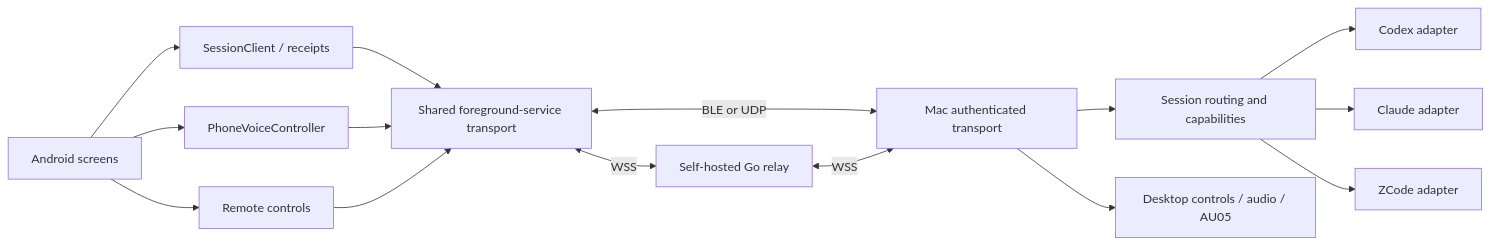
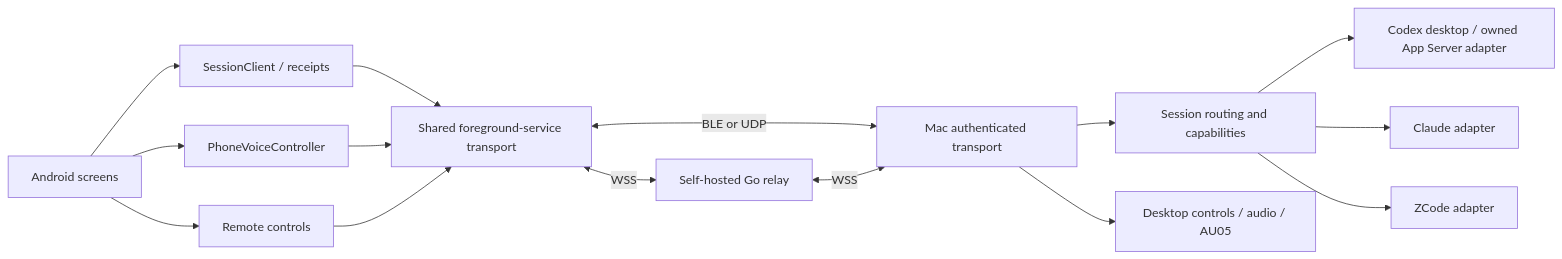
Before and after one commit to JunWeiUp/vibepier: the diagram in docs/ARCHITECTURE.md, drawn with Mermaid. The commit also changed other lines of this file and 112 other files, not shown here.

````diff
--- a/docs/ARCHITECTURE.md
+++ b/docs/ARCHITECTURE.md
@@ -7,17 +7,17 @@
 ```mermaid
 flowchart LR
     UI[Android screens] --> Session[SessionClient / receipts]
     UI --> Voice[PhoneVoiceController]
     UI --> Controls[Remote controls]
     Session --> Transport[Shared foreground-service transport]
     Voice --> Transport
     Controls --> Transport
     Transport <-->|BLE or UDP| Mac[Mac authenticated transport]
     Transport <-->|WSS| Relay[Self-hosted Go relay]
     Relay <-->|WSS| Mac
     Mac --> Router[Session routing and capabilities]
     Mac --> Runtime[Desktop controls / audio / AU05]
-    Router --> Codex[Codex adapter]
+    Router --> Codex[Codex desktop / owned App Server adapter]
     Router --> Claude[Claude adapter]
     Router --> ZCode[ZCode adapter]
 ```
````
